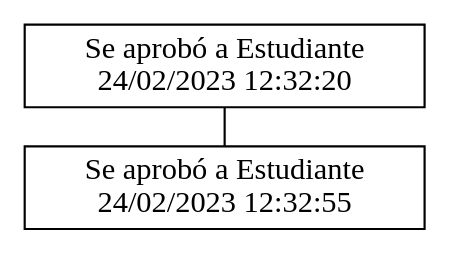
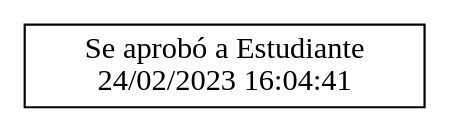
The diagram in EDD_Proyecto1_Fase1/Aprobación de estudiantes/admin.dot (Barahona1602/Sistema-de-Archivos), drawn with Graphviz before and after one commit. The commit also changed 10 other files, not shown here.

```diff
--- a/EDD_Proyecto1_Fase1/Aprobación de estudiantes/admin.dot
+++ b/EDD_Proyecto1_Fase1/Aprobación de estudiantes/admin.dot
@@ -1,11 +1,9 @@
 digraph {
 rankdir=LR;
 node [shape=box]
 {rank=same "Se aprobó a Estudiante
-24/02/2023 12:32:20""Se aprobó a Estudiante
-24/02/2023 12:32:55"}
+24/02/2023 16:04:41"}
 edge [dir=none]
 {rank=same "Se aprobó a Estudiante
-24/02/2023 12:32:20" -> "Se aprobó a Estudiante
-24/02/2023 12:32:55"}
+24/02/2023 16:04:41"}
 }
```
